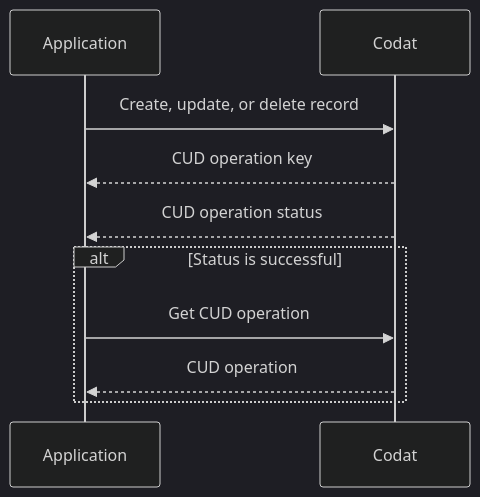
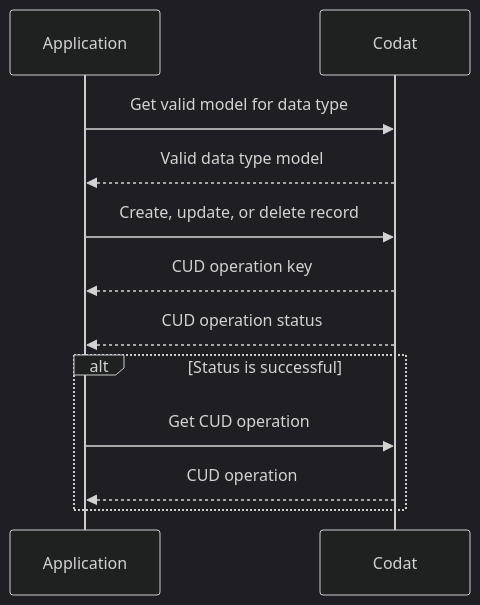
Before and after one commit to codatio/codat-docs: the diagram in docs/using-the-api/push.md, drawn with Mermaid (dark theme). The commit also changed other lines of this file, not shown here.

````diff
--- a/docs/using-the-api/push.md
+++ b/docs/using-the-api/push.md
@@ -24,15 +24,18 @@
 ```mermaid
 sequenceDiagram
-    participant backend as Application 
+    participant app as Application 
     participant codat as Codat
     
-    backend ->> codat: Create, update, or delete record
-    codat -->> backend: CUD operation key
+    app ->> codat: Get valid model for data type
+    codat -->> app: Valid data type model
+    
+    app ->> codat: Create, update, or delete record
+    codat -->> app: CUD operation key
 
-    codat -->> backend: CUD operation status
+    codat -->> app: CUD operation status
 
     alt Status is successful
-        backend ->> codat: Get CUD operation
-        codat -->> backend: CUD operation
+        app ->> codat: Get CUD operation
+        codat -->> app: CUD operation
     end
 ``` 
````
